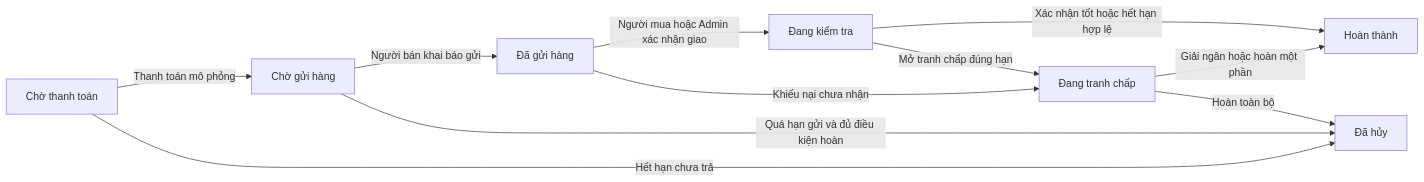
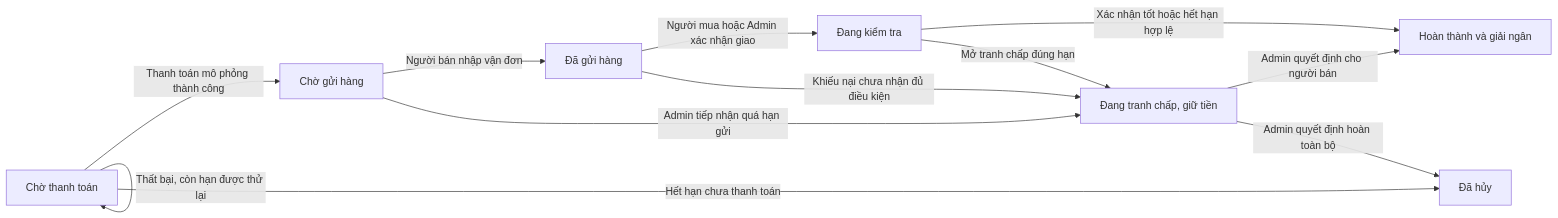
The third of 4 diagrams in TAI-LIEU-NGHIEP-VU-VA-CONG-NGHE.md (NguyenQuocViet26122005/DoAn4_HeThongDauGiaTrucTuyen), drawn with Mermaid before and after one commit. The commit also changed other lines of this file and 5 other files, not shown here.

````diff
--- a/TAI-LIEU-NGHIEP-VU-VA-CONG-NGHE.md
+++ b/TAI-LIEU-NGHIEP-VU-VA-CONG-NGHE.md
@@ -540,13 +531,14 @@
 ```mermaid
 flowchart LR
-    A[Chờ thanh toán] -->|Thanh toán mô phỏng| B[Chờ gửi hàng]
-    B -->|Người bán khai báo gửi| C[Đã gửi hàng]
+    A[Chờ thanh toán] -->|Thanh toán mô phỏng thành công| B[Chờ gửi hàng]
+    A -->|Thất bại, còn hạn được thử lại| A
+    A -->|Hết hạn chưa thanh toán| G[Đã hủy]
+    B -->|Người bán nhập vận đơn| C[Đã gửi hàng]
     C -->|Người mua hoặc Admin xác nhận giao| D[Đang kiểm tra]
-    D -->|Xác nhận tốt hoặc hết hạn hợp lệ| E[Hoàn thành]
-    D -->|Mở tranh chấp đúng hạn| F[Đang tranh chấp]
-    F -->|Giải ngân hoặc hoàn một phần| E
-    F -->|Hoàn toàn bộ| G[Đã hủy]
-    A -->|Hết hạn chưa trả| G
-    B -->|Quá hạn gửi và đủ điều kiện hoàn| G
-    C -->|Khiếu nại chưa nhận| F
+    D -->|Xác nhận tốt hoặc hết hạn hợp lệ| E[Hoàn thành và giải ngân]
+    B -->|Admin tiếp nhận quá hạn gửi| F[Đang tranh chấp, giữ tiền]
+    C -->|Khiếu nại chưa nhận đủ điều kiện| F
+    D -->|Mở tranh chấp đúng hạn| F
+    F -->|Admin quyết định cho người bán| E
+    F -->|Admin quyết định hoàn toàn bộ| G
 ```
````
